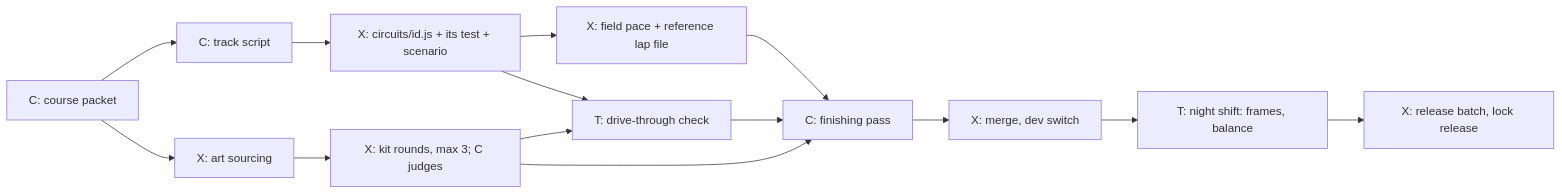
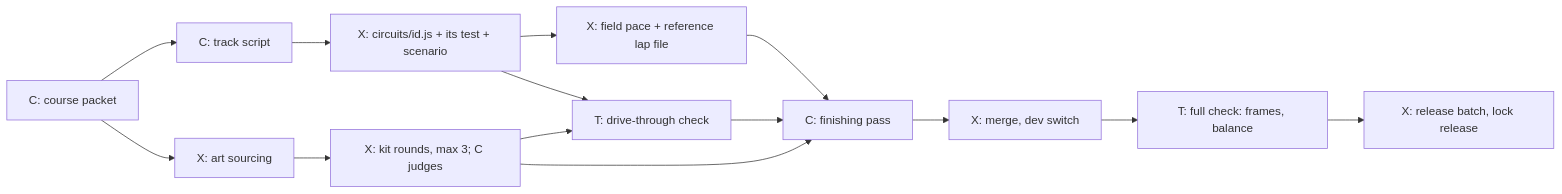
The first of 4 diagrams in docs/FACTORY.md (Dukes0O/the-duel-remake), drawn with Mermaid before and after one commit. The commit also changed other lines of this file and 7 other files, not shown here.

First line of the commit message:
Rename the night shift to the full check; add FAC-FULL-CHECK card and tonight's order

````diff
--- a/docs/FACTORY.md
+++ b/docs/FACTORY.md
@@ -63,12 +65,12 @@
 ```mermaid
 flowchart LR
   P[C: course packet] --> S[X: art sourcing] & R[C: track script]
   S --> K[X: kit rounds, max 3; C judges]
   R --> B[X: circuits/id.js + its test + scenario]
   B --> F[X: field pace + reference lap file]
   B & K --> D[T: drive-through check]
   F & D & K --> FP[C: finishing pass]
   FP --> M[X: merge, dev switch]
-  M --> N[T: night shift: frames, balance]
+  M --> N[T: full check: frames, balance]
   N --> REL[X: release batch, lock release]
 ```
````
